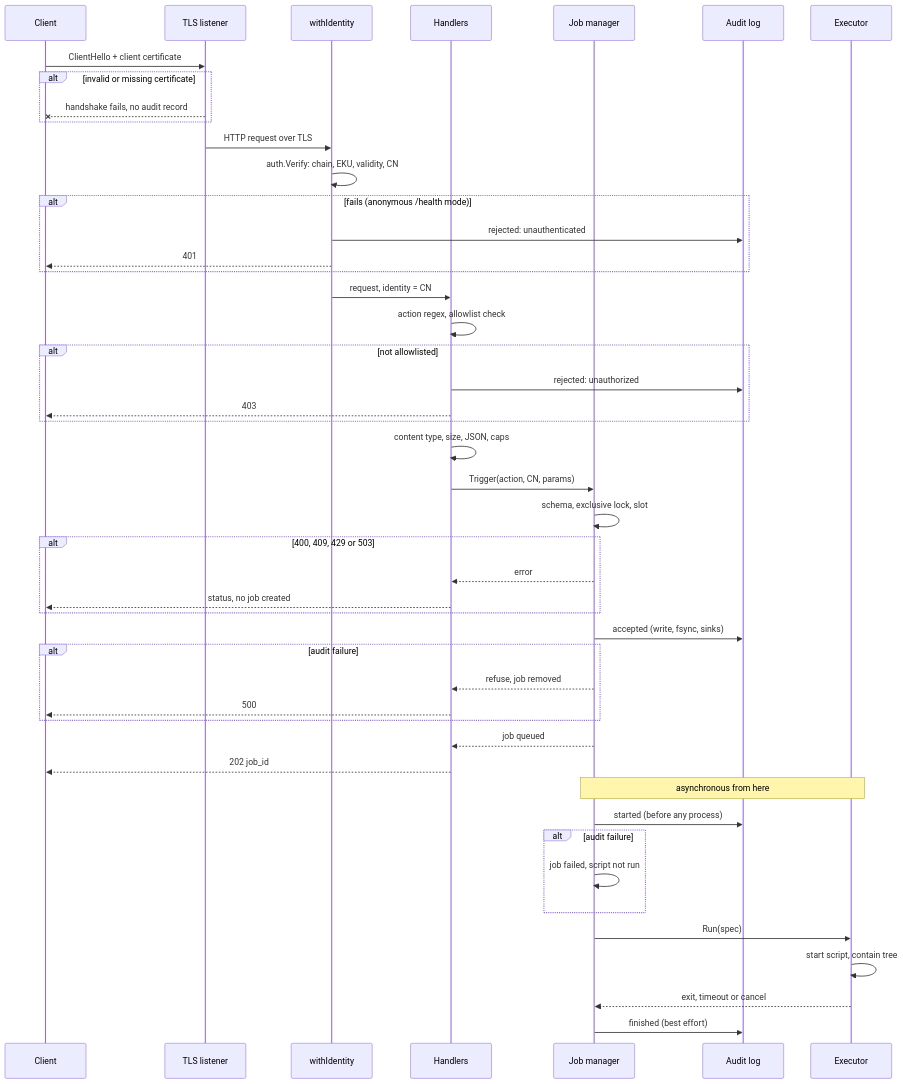
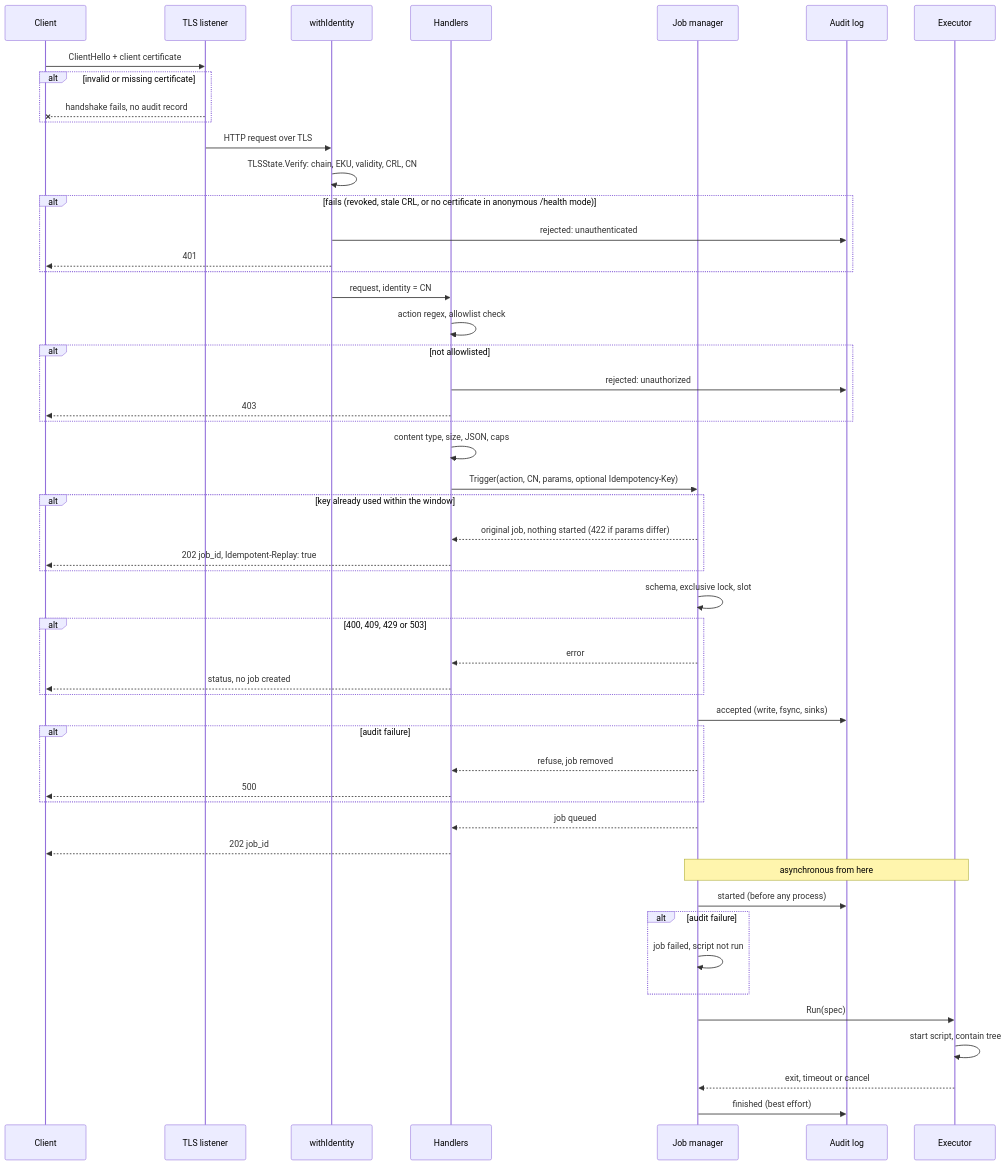
Before and after one commit to nuwandev/axiom: the diagram in presentation/diagrams/mermaid/lifecycle.mmd, drawn with Mermaid. The commit also changed 16 other files, not shown here.

First line of the commit message:
docs: bring the architecture page up to v2.3.0

```diff
--- a/presentation/diagrams/mermaid/lifecycle.mmd
+++ b/presentation/diagrams/mermaid/lifecycle.mmd
@@ -1,49 +1,53 @@
 sequenceDiagram
     accTitle: Request lifecycle sequence
     accDescr: One request from the TLS handshake to the finished audit record, including the rejection and audit-failure paths.
     participant C as Client
     participant T as TLS listener
     participant M as withIdentity
     participant H as Handlers
     participant J as Job manager
     participant L as Audit log
     participant X as Executor
     C->>T: ClientHello + client certificate
     alt invalid or missing certificate
         T--xC: handshake fails, no audit record
     end
     T->>M: HTTP request over TLS
-    M->>M: auth.Verify: chain, EKU, validity, CN
-    alt fails (anonymous /health mode)
+    M->>M: TLSState.Verify: chain, EKU, validity, CRL, CN
+    alt fails (revoked, stale CRL, or no certificate in anonymous /health mode)
         M->>L: rejected: unauthenticated
         M-->>C: 401
     end
     M->>H: request, identity = CN
     H->>H: action regex, allowlist check
     alt not allowlisted
         H->>L: rejected: unauthorized
         H-->>C: 403
     end
     H->>H: content type, size, JSON, caps
-    H->>J: Trigger(action, CN, params)
+    H->>J: Trigger(action, CN, params, optional Idempotency-Key)
+    alt key already used within the window
+        J-->>H: original job, nothing started (422 if params differ)
+        H-->>C: 202 job_id, Idempotent-Replay: true
+    end
     J->>J: schema, exclusive lock, slot
     alt 400, 409, 429 or 503
         J-->>H: error
         H-->>C: status, no job created
     end
     J->>L: accepted (write, fsync, sinks)
     alt audit failure
         J-->>H: refuse, job removed
         H-->>C: 500
     end
     J-->>H: job queued
     H-->>C: 202 job_id
     Note over J,X: asynchronous from here
     J->>L: started (before any process)
     alt audit failure
         J->>J: job failed, script not run
     end
     J->>X: Run(spec)
     X->>X: start script, contain tree
     X-->>J: exit, timeout or cancel
     J->>L: finished (best effort)
```
